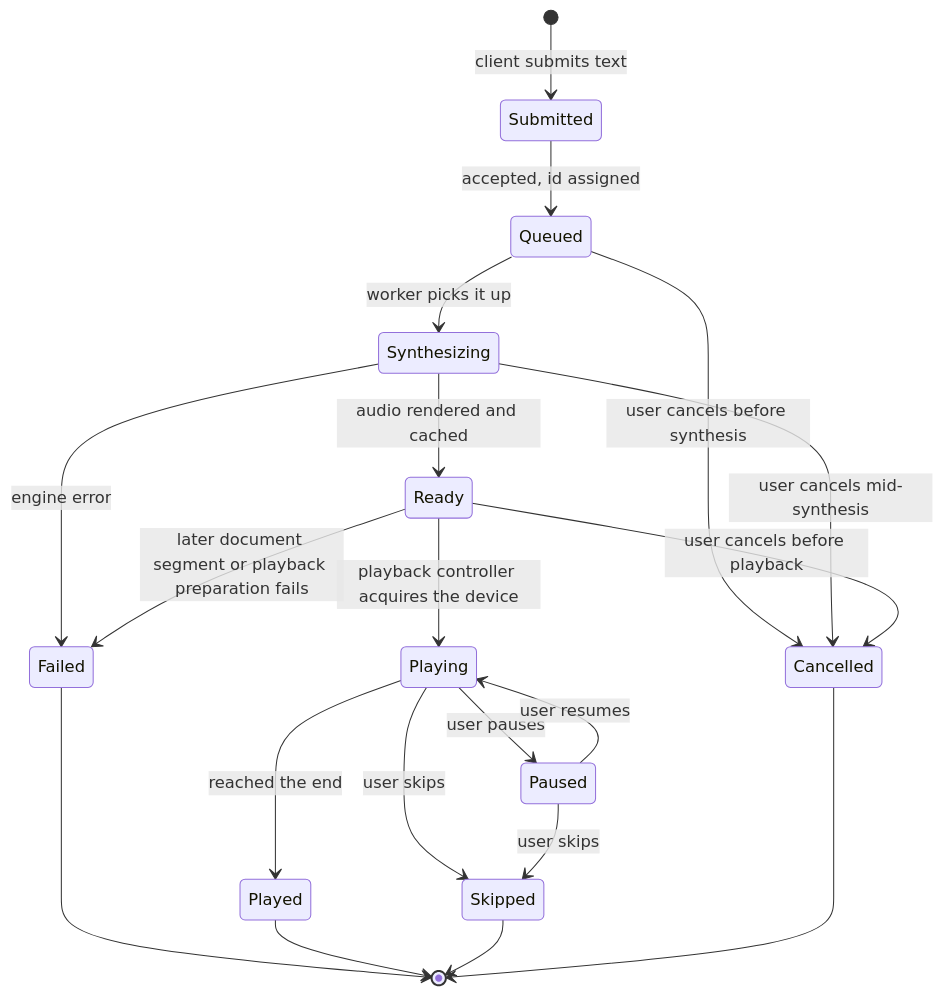
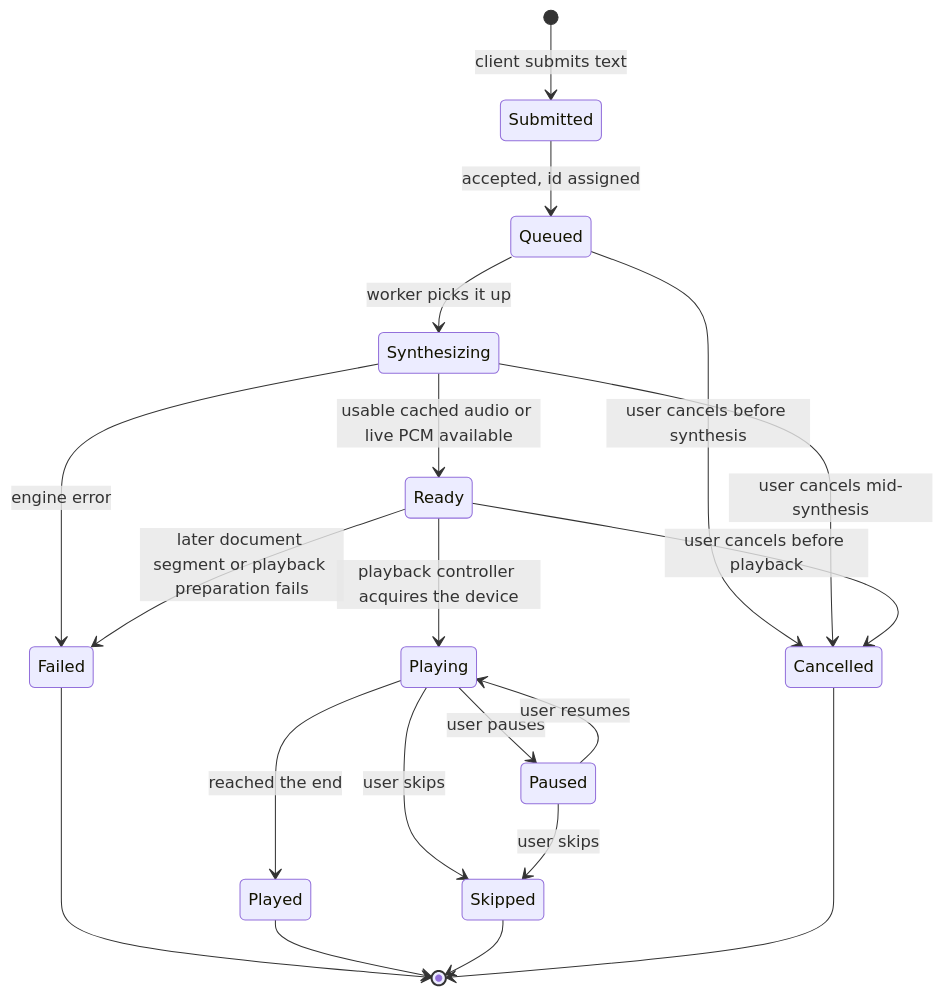
One commit to flyingrobots/AI-TTS changed the first of 2 diagrams in docs/design/architecture.md. Above: the diagram before and after it, drawn with Mermaid. The commit also changed other lines of this file and 18 other files, not shown here.

````diff
--- a/docs/design/architecture.md
+++ b/docs/design/architecture.md
@@ -133,22 +133,22 @@
 ```mermaid
 stateDiagram-v2
     [*] --> Submitted : client submits text
     Submitted --> Queued : accepted, id assigned
     Queued --> Synthesizing : worker picks it up
-    Synthesizing --> Ready : audio rendered and cached
+    Synthesizing --> Ready : usable cached audio or live PCM available
     Synthesizing --> Failed : engine error
     Ready --> Failed : later document segment or playback preparation fails
     Ready --> Playing : playback controller acquires the device
     Playing --> Played : reached the end
     Playing --> Paused : user pauses
     Paused --> Playing : user resumes
     Playing --> Skipped : user skips
     Paused --> Skipped : user skips
     Queued --> Cancelled : user cancels before synthesis
     Synthesizing --> Cancelled : user cancels mid-synthesis
     Ready --> Cancelled : user cancels before playback
     Failed --> [*]
     Played --> [*]
     Skipped --> [*]
     Cancelled --> [*]
 ```
````
